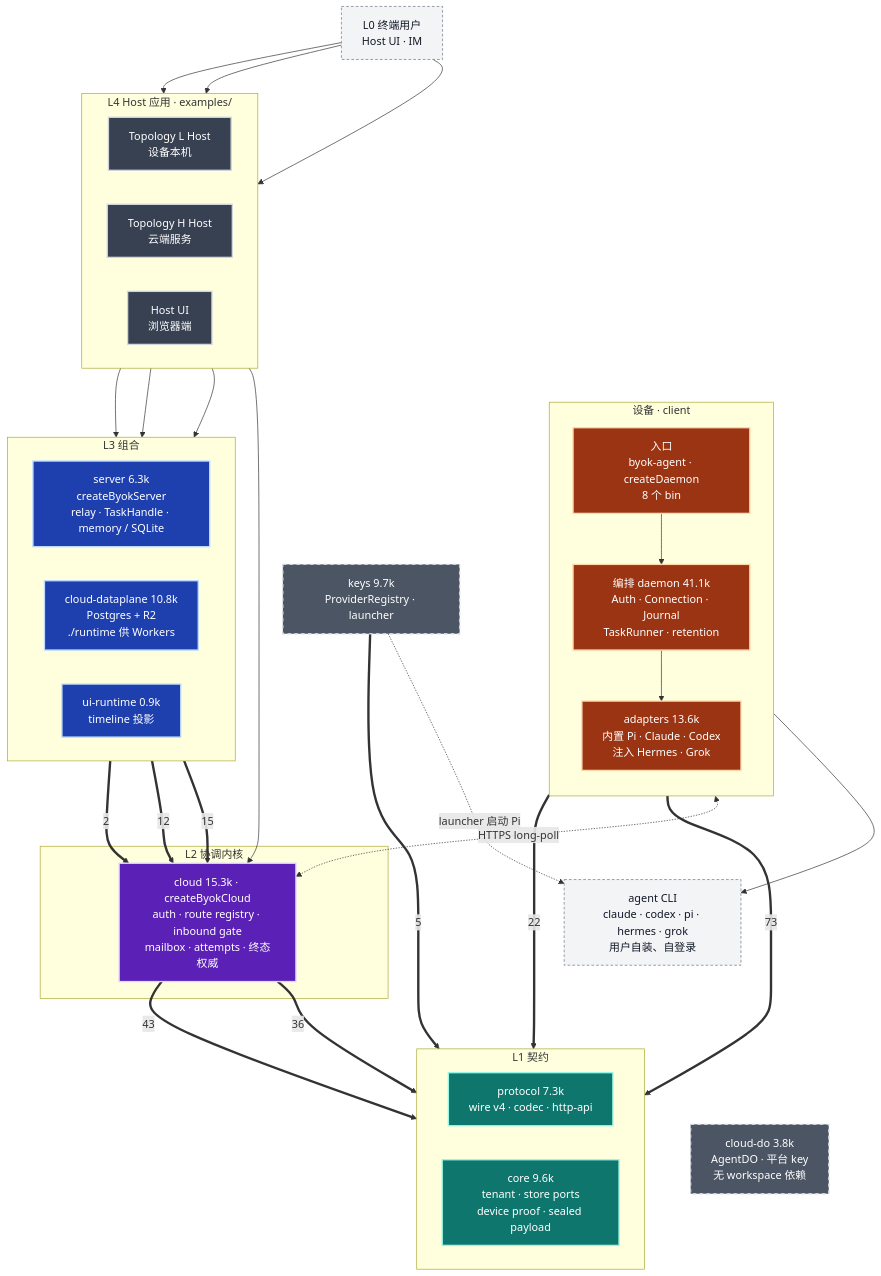
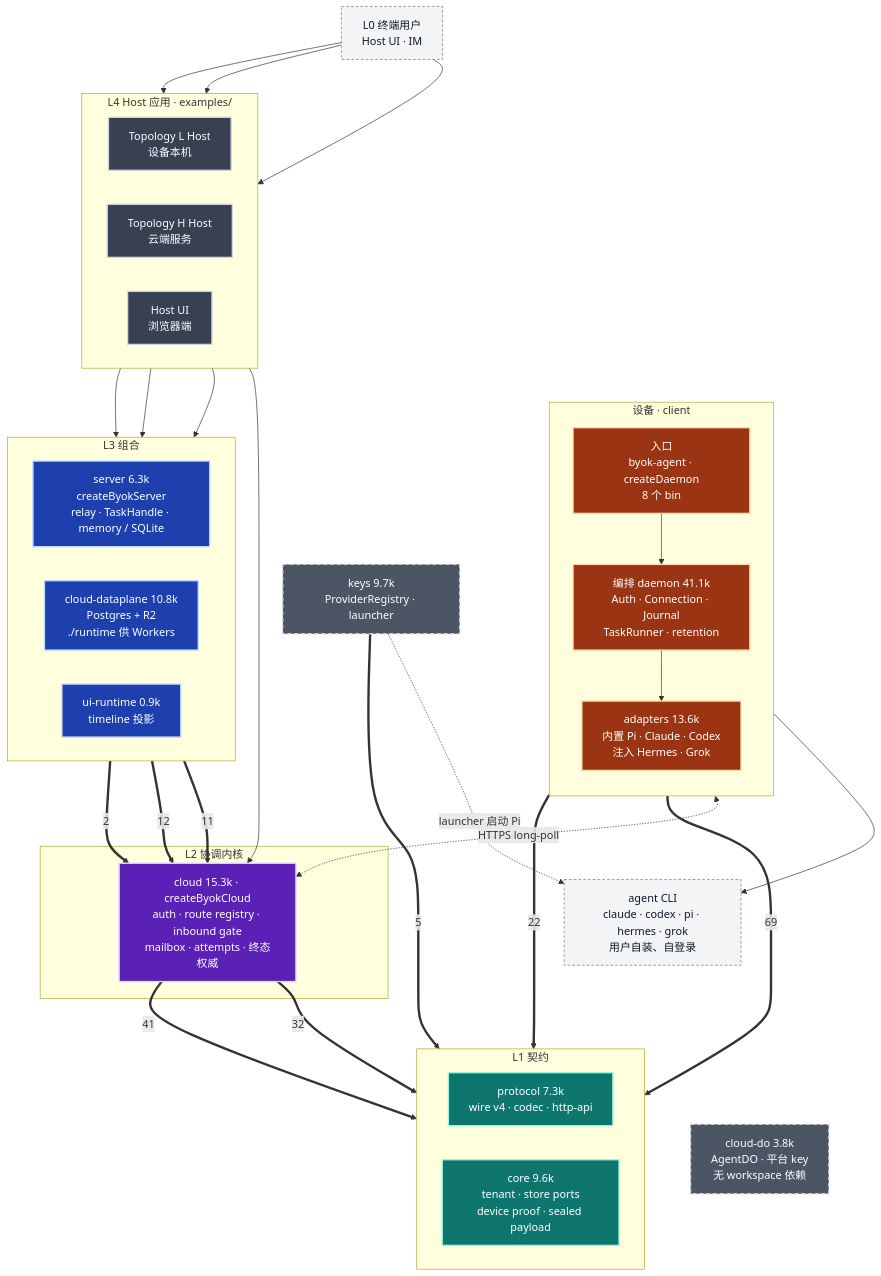
One commit to Ancienttwo/byok-sdk changed the first of 7 diagrams in docs/architecture/layered-architecture.md. Above: the diagram before and after it, drawn with Mermaid. The commit also changed other lines of this file and 3 other files, not shown here.

First line of the commit message:
docs(architecture): add current view and apply source fact-check to review pages

````diff
--- a/docs/architecture/layered-architecture.md
+++ b/docs/architecture/layered-architecture.md
@@ -14,69 +15,69 @@
 ```mermaid
 flowchart TB
   classDef ext fill:#f3f4f6,stroke:#6b7280,color:#111827,stroke-dasharray:4 3
   classDef host fill:#374151,stroke:#d1d5db,stroke-width:2px,color:#fff
   classDef compose fill:#1e40af,stroke:#bfdbfe,stroke-width:2px,color:#fff
   classDef kernel fill:#5b21b6,stroke:#ddd6fe,stroke-width:2px,color:#fff
   classDef contract fill:#0f766e,stroke:#99f6e4,stroke-width:2px,color:#fff
   classDef device fill:#9a3412,stroke:#fed7aa,stroke-width:2px,color:#fff
   classDef side fill:#4b5563,stroke:#d1d5db,stroke-width:2px,color:#fff,stroke-dasharray:5 5
 
   User["L0 终端用户<br/>Host UI · IM"]:::ext
 
   subgraph L4["L4 Host 应用 · examples/"]
     direction LR
     HostL["Topology L Host<br/>设备本机"]:::host
     HostH["Topology H Host<br/>云端服务"]:::host
     HostUI["Host UI<br/>浏览器端"]:::host
   end
 
   subgraph L3["L3 组合"]
     direction LR
     Server["server 6.3k<br/>createByokServer<br/>relay · TaskHandle · memory / SQLite"]:::compose
     Dataplane["cloud-dataplane 10.8k<br/>Postgres + R2<br/>./runtime 供 Workers"]:::compose
     UiRuntime["ui-runtime 0.9k<br/>timeline 投影"]:::compose
   end
 
   subgraph L2["L2 协调内核"]
     Cloud["cloud 15.3k · createByokCloud<br/>auth · route registry · inbound gate<br/>mailbox · attempts · 终态权威"]:::kernel
   end
 
   subgraph L1["L1 契约"]
     direction LR
     Protocol["protocol 7.3k<br/>wire v4 · codec · http-api"]:::contract
     Core["core 9.6k<br/>tenant · store ports<br/>device proof · sealed payload"]:::contract
   end
 
   subgraph DEV["设备 · client"]
     direction TB
     DEntry["入口<br/>byok-agent · createDaemon<br/>8 个 bin"]:::device
     DOrch["编排 daemon 41.1k<br/>Auth · Connection · Journal<br/>TaskRunner · retention"]:::device
     DAdapt["adapters 13.6k<br/>内置 Pi · Claude · Codex<br/>注入 Hermes · Grok"]:::device
     DEntry --> DOrch --> DAdapt
   end
 
   CLIs["agent CLI<br/>claude · codex · pi · hermes · grok<br/>用户自装、自登录"]:::ext
   Keys["keys 9.7k<br/>ProviderRegistry · launcher"]:::side
   CloudDo["cloud-do 3.8k<br/>AgentDO · 平台 key<br/>无 workspace 依赖"]:::side
 
   User --> HostL
   User --> HostH
   User --> HostUI
   User ~~~ DEntry
   HostL --> Server
   HostH --> Cloud
   HostH --> Dataplane
   HostUI --> UiRuntime
-  Server ==>|"15"| Cloud
+  Server ==>|"11"| Cloud
   Dataplane ==>|"12"| Cloud
   UiRuntime ==>|"2"| Cloud
-  Cloud ==>|"36"| Protocol
-  Cloud ==>|"43"| Core
-  DOrch ==>|"73"| Protocol
+  Cloud ==>|"32"| Protocol
+  Cloud ==>|"41"| Core
+  DOrch ==>|"69"| Protocol
   DOrch ==>|"22"| Core
   Keys ==>|"5"| Core
   DAdapt --> CLIs
   Keys -.->|"launcher 启动 Pi"| CLIs
   DOrch <-.->|"HTTPS long-poll"| Cloud
   CLIs ~~~ CloudDo
 ```
````
